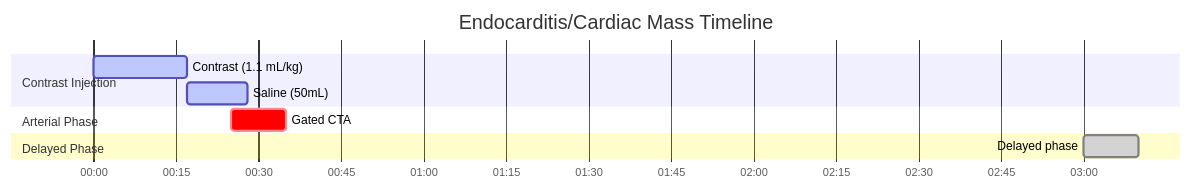
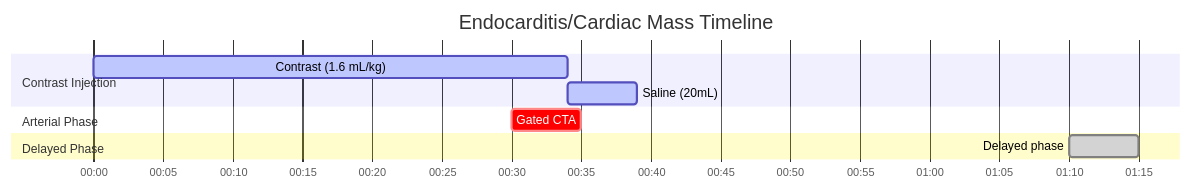
The diagram in docs/ct/cardiac/endocarditiscardiac-mass.md (dfergs93/radiology-protocols), drawn with Mermaid before and after one commit. The commit also changed other lines of this file and 113 other files, not shown here.

````diff
--- a/docs/ct/cardiac/endocarditiscardiac-mass.md
+++ b/docs/ct/cardiac/endocarditiscardiac-mass.md
@@ -86,18 +85,18 @@
   ```mermaid
   ---
   config:
     theme: default
   ---
     gantt
       title Endocarditis/Cardiac Mass Timeline
       dateFormat mm:ss
       axisFormat %M:%S 
       
       section Contrast Injection
-      Contrast (1.1 mL/kg)    :active, contrast, 00:00, 17s
-      Saline (50mL)          :active, saline, after contrast, 11s
+      Contrast (1.6 mL/kg)    :active, contrast, 00:00, 34s
+      Saline (20mL)          :active, saline, after contrast, 5s
       section Arterial Phase
-      Gated CTA    :crit, scan1, 00:25, 10s
+      Gated CTA    :crit, scan1, 00:30, 5s
       section Delayed Phase
-      Delayed phase    :done, scan2, 03:00, 10s
+      Delayed phase    :done, scan2, 01:10, 5s
   ```
````
